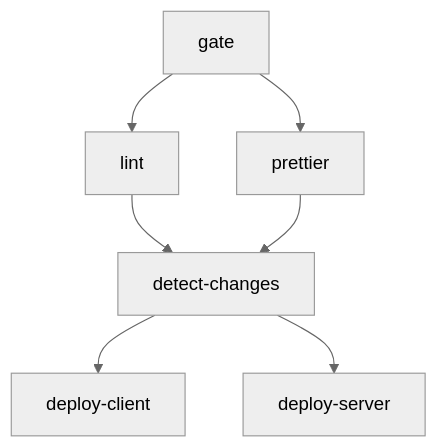
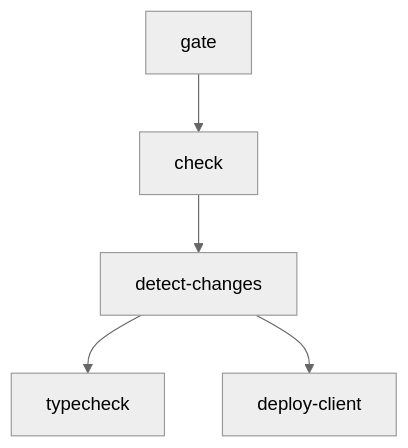
Before and after one commit to IamDevTrivedi/Trimium: the second of 6 diagrams in docs/architecture/CI_CD_PIPELINE_ARCHITECTURE.md, drawn with Mermaid (neutral theme). The commit also changed other lines of this file and 69 other files, not shown here.

````diff
--- a/docs/architecture/CI_CD_PIPELINE_ARCHITECTURE.md
+++ b/docs/architecture/CI_CD_PIPELINE_ARCHITECTURE.md
@@ -49,11 +49,9 @@
 ```mermaid
 flowchart TD
-    A[gate] --> B[lint]
-    A --> C[prettier]
+    A[gate] --> B[check]
 
-    B --> D[detect-changes]
-    C --> D
+    B --> C[detect-changes]
 
-    D --> E[deploy-client]
-    D --> F[deploy-server]
+    C --> D[typecheck]
+    C --> E[deploy-client]
 ```
````
